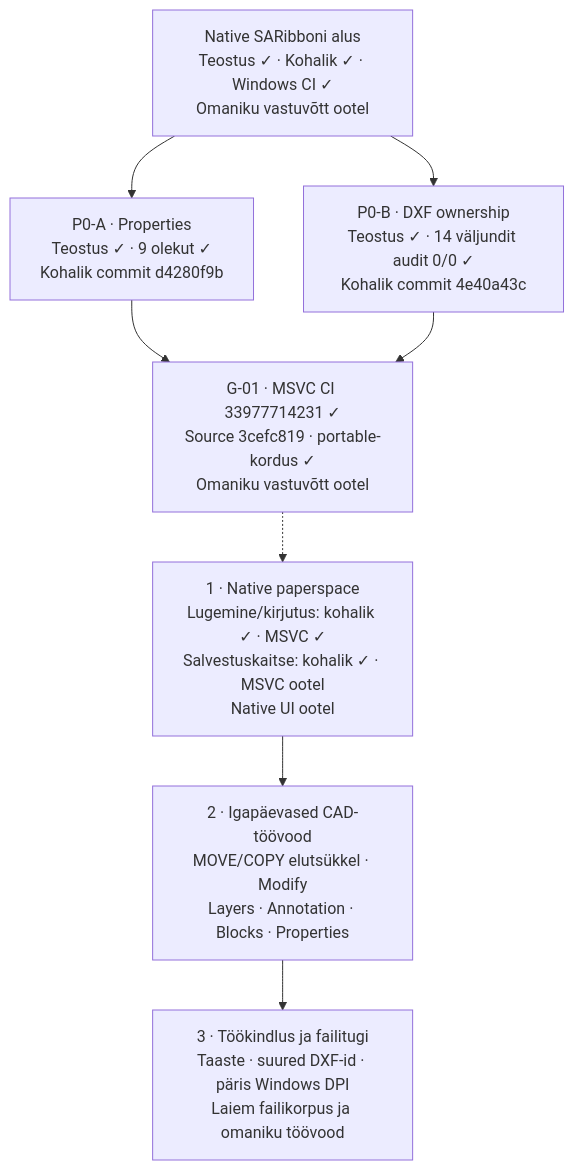
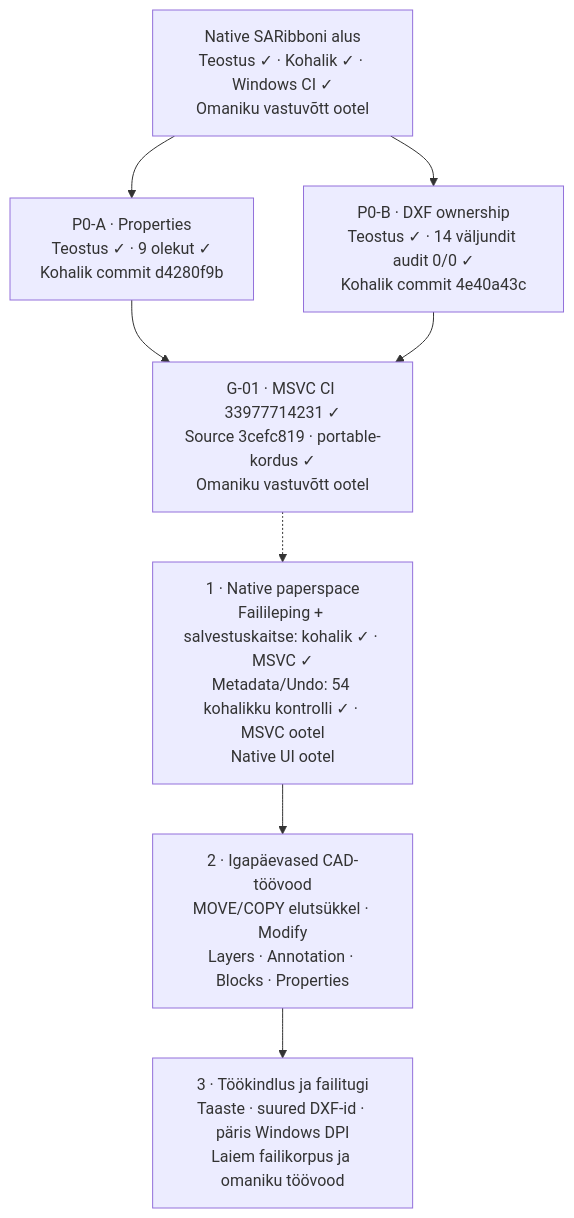
Before and after one commit to T3stin-svg/kuubik-draw-native: the first of 2 diagrams in docs/ROADMAP.md, drawn with Mermaid. The commit also changed other lines of this file and 19 other files, not shown here.

Commit message:
feat(core): own native layout metadata in shared undo history

````diff
--- a/docs/ROADMAP.md
+++ b/docs/ROADMAP.md
@@ -36,16 +46,16 @@
 ```mermaid
 flowchart TD
     UI["Native SARibboni alus<br/>Teostus ✓ · Kohalik ✓ · Windows CI ✓<br/>Omaniku vastuvõtt ootel"]
     A["P0-A · Properties<br/>Teostus ✓ · 9 olekut ✓<br/>Kohalik commit d4280f9b"]
     B["P0-B · DXF ownership<br/>Teostus ✓ · 14 väljundit audit 0/0 ✓<br/>Kohalik commit 4e40a43c"]
     G["G-01 · MSVC CI 33977714231 ✓<br/>Source 3cefc819 · portable-kordus ✓<br/>Omaniku vastuvõtt ootel"]
-    P["1 · Native paperspace<br/>Lugemine/kirjutus: kohalik ✓ · MSVC ✓<br/>Salvestuskaitse: kohalik ✓ · MSVC ootel<br/>Native UI ootel"]
+    P["1 · Native paperspace<br/>Failileping + salvestuskaitse: kohalik ✓ · MSVC ✓<br/>Metadata/Undo: 54 kohalikku kontrolli ✓ · MSVC ootel<br/>Native UI ootel"]
     C["2 · Igapäevased CAD-töövood<br/>MOVE/COPY elutsükkel · Modify<br/>Layers · Annotation · Blocks · Properties"]
     R["3 · Töökindlus ja failitugi<br/>Taaste · suured DXF-id · päris Windows DPI<br/>Laiem failikorpus ja omaniku töövood"]
     UI --> A
     UI --> B
     A --> G
     B --> G
     G -.-> P
     P --> C --> R
 ```
````
